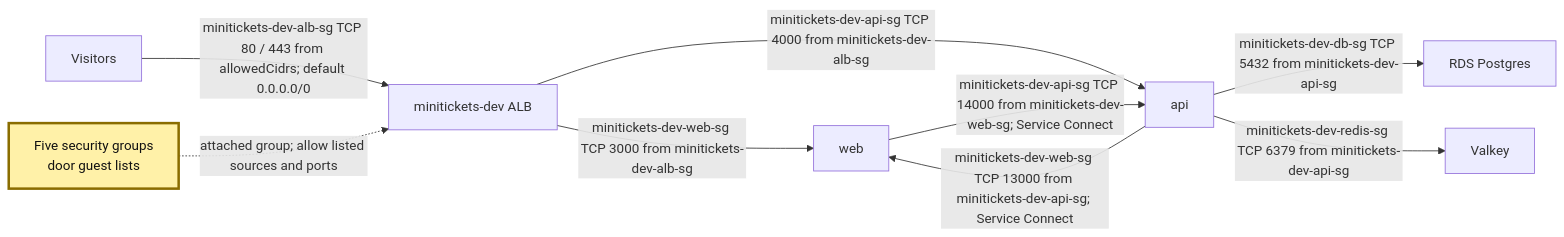
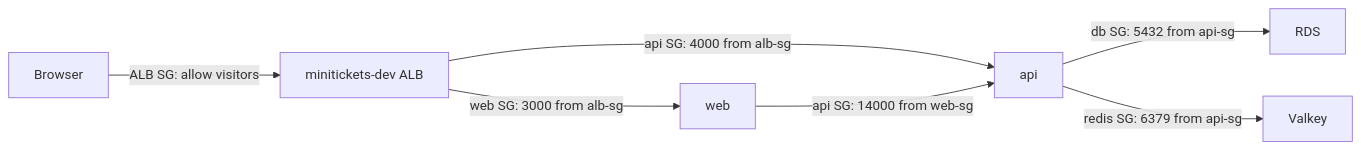
Before and after one commit to maheshnd/minitickets: the diagram in docs/handbook/concepts/security-groups.md, drawn with Mermaid. The commit also changed other lines of this file and 39 other files, not shown here.

````diff
--- a/docs/handbook/concepts/security-groups.md
+++ b/docs/handbook/concepts/security-groups.md
@@ -14,13 +18,9 @@
 ```mermaid
 flowchart LR
-    visitor["Visitors"] -->|"minitickets-dev-alb-sg TCP 80 / 443 from allowedCidrs; default 0.0.0.0/0"| alb["minitickets-dev ALB"]
-    guards["Five security groups<br/>door guest lists"] -.->|"attached group; allow listed sources and ports"| alb
-    alb -->|"minitickets-dev-web-sg TCP 3000 from minitickets-dev-alb-sg"| web["web"]
-    alb -->|"minitickets-dev-api-sg TCP 4000 from minitickets-dev-alb-sg"| api["api"]
-    web -->|"minitickets-dev-api-sg TCP 14000 from minitickets-dev-web-sg; Service Connect"| api
-    api -->|"minitickets-dev-web-sg TCP 13000 from minitickets-dev-api-sg; Service Connect"| web
-    api -->|"minitickets-dev-db-sg TCP 5432 from minitickets-dev-api-sg"| db["RDS Postgres"]
-    api -->|"minitickets-dev-redis-sg TCP 6379 from minitickets-dev-api-sg"| redis["Valkey"]
-    classDef focus fill:#fff1a8,stroke:#8a6d00,stroke-width:3px,color:#111
-    class guards focus
+    browser["Browser"] -->|"ALB SG: allow visitors"| alb["minitickets-dev ALB"]
+    alb -->|"web SG: 3000 from alb-sg"| web["web"]
+    alb -->|"api SG: 4000 from alb-sg"| api["api"]
+    web -->|"api SG: 14000 from web-sg"| api
+    api -->|"db SG: 5432 from api-sg"| db["RDS"]
+    api -->|"redis SG: 6379 from api-sg"| redis["Valkey"]
 ```
````
